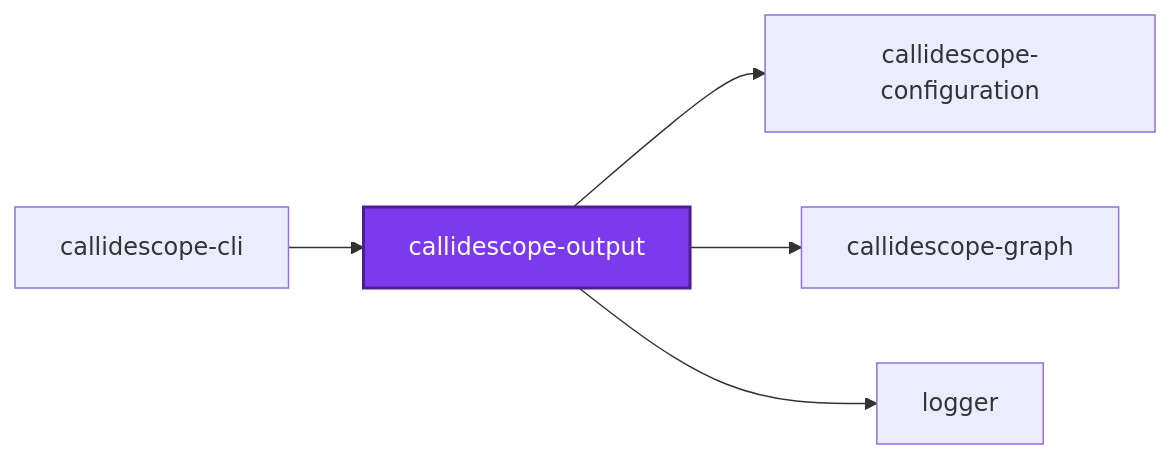
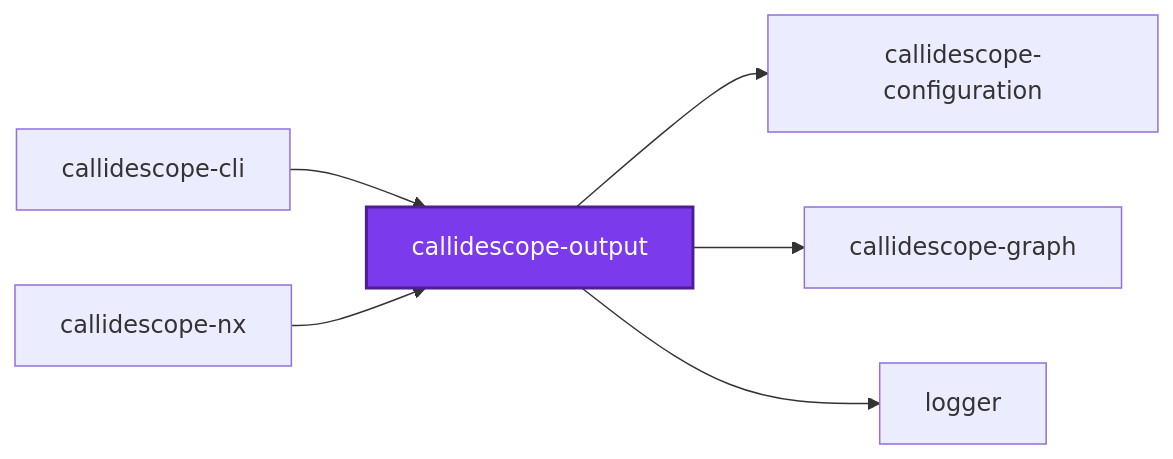
Before and after one commit to JimmyPaolini/codebase: the first of 3 diagrams in packages/callidescope-output/README.md, drawn with Mermaid. The commit also changed 25 other files, not shown here.

````diff
--- a/packages/callidescope-output/README.md
+++ b/packages/callidescope-output/README.md
@@ -137,14 +137,16 @@
 ```mermaid
 graph LR
   callidescope_cli["callidescope-cli"]
   callidescope_configuration["callidescope-configuration"]
   callidescope_graph["callidescope-graph"]
+  callidescope_nx["callidescope-nx"]
   callidescope_output["callidescope-output"]
   logger["logger"]
   callidescope_cli --> callidescope_output
+  callidescope_nx --> callidescope_output
   callidescope_output --> callidescope_configuration
   callidescope_output --> callidescope_graph
   callidescope_output --> logger
   classDef subject fill:#7c3aed,color:#fff,stroke:#4c1d95,stroke-width:2px
   class callidescope_output subject
 ```
````
